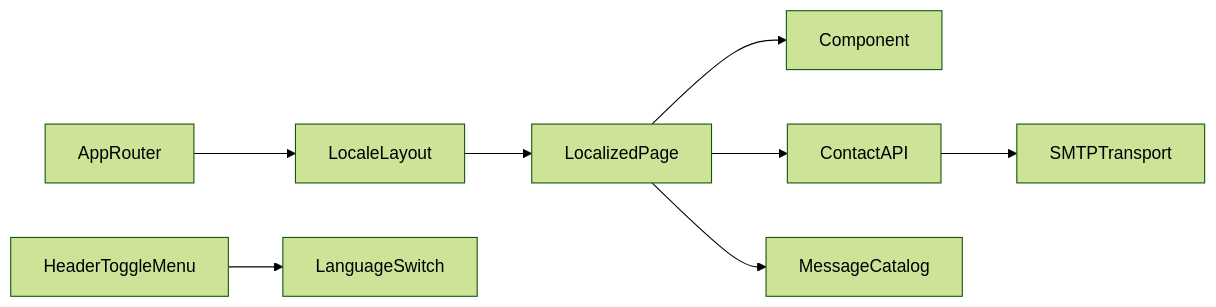
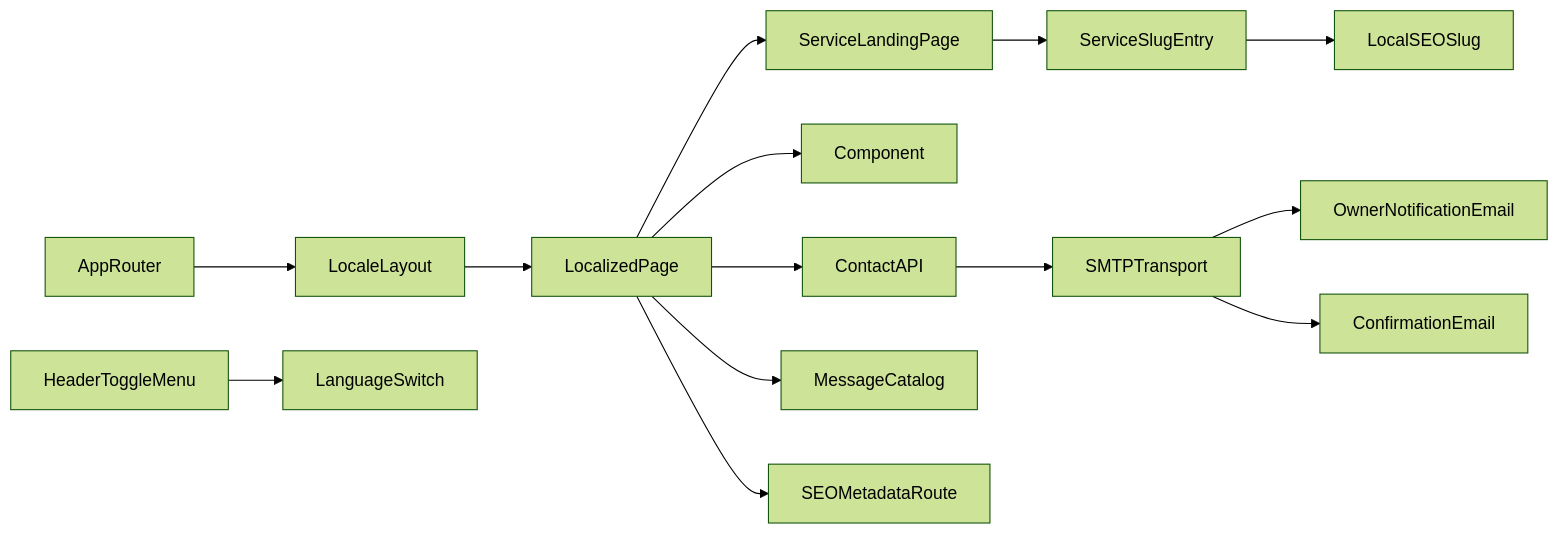
The diagram in lode/terminology.md (ipavic933-spec/website-pavic), drawn with Mermaid (forest theme) before and after one commit. The commit also changed other lines of this file and 7 other files, not shown here.

````diff
--- a/lode/terminology.md
+++ b/lode/terminology.md
@@ -23,10 +31,16 @@
 ```mermaid
 graph LR
   AppRouter --> LocaleLayout
   LocaleLayout --> LocalizedPage
+  LocalizedPage --> ServiceLandingPage
+  ServiceLandingPage --> ServiceSlugEntry
+  ServiceSlugEntry --> LocalSEOSlug
   LocalizedPage --> Component
   LocalizedPage --> ContactAPI
   LocalizedPage --> MessageCatalog
   HeaderToggleMenu --> LanguageSwitch
   ContactAPI --> SMTPTransport
+  SMTPTransport --> OwnerNotificationEmail
+  SMTPTransport --> ConfirmationEmail
+  LocalizedPage --> SEOMetadataRoute
 ```
````
